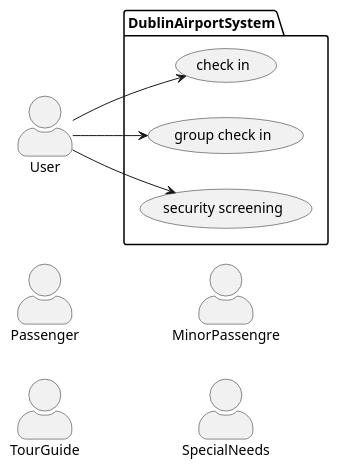
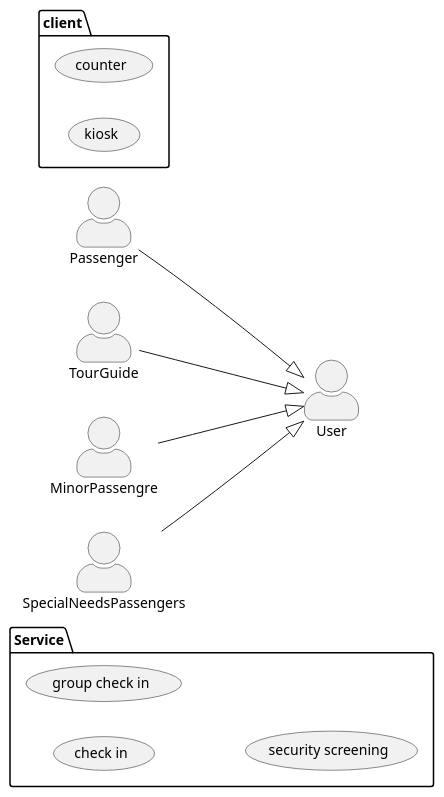
Before and after one commit to Anxiu0101/Semester4LectureNotes: the first of 2 diagrams in CS335FZ-Software-Engineering-Software-Process/FinalExam/SUMMER 2019 EXAMINATION.md, drawn with PlantUML.

Commit message:
vault backup: 2022-06-21 15:09:22

````diff
--- a/CS335FZ-Software-Engineering-Software-Process/FinalExam/SUMMER 2019 EXAMINATION.md
+++ b/CS335FZ-Software-Engineering-Software-Process/FinalExam/SUMMER 2019 EXAMINATION.md
@@ -15,17 +15,25 @@
 ```puml
 skinparam actorStyle awesome
 left to right direction
-package DublinAirportSystem {
+package Service {
 	usecase "check in" as uc1
 	usecase "group check in" as uc2
 	usecase "security screening" as uc3
 }
 
+package client {
+	usecase counter as cl1
+	usecase kiosk as cl2
+}
+
 actor Passenger as user1
 actor TourGuide as user2
 actor MinorPassengre as user3
-actor SpecialNeeds
-:User: --> uc1
-:User: --> uc2
-:User: --> uc3
+actor SpecialNeedsPassengers as user4
+actor User as user
+
+user1 --|> user
+user2 --|> user
+user3 --|> user
+user4 --|> user
 ```
````
